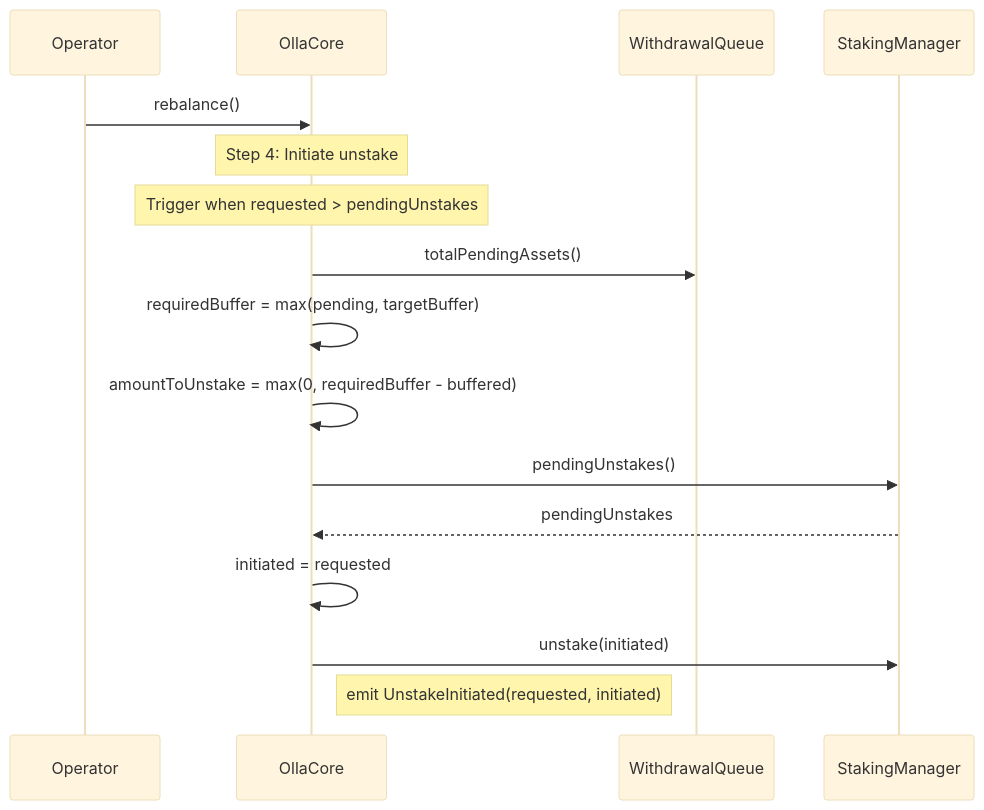
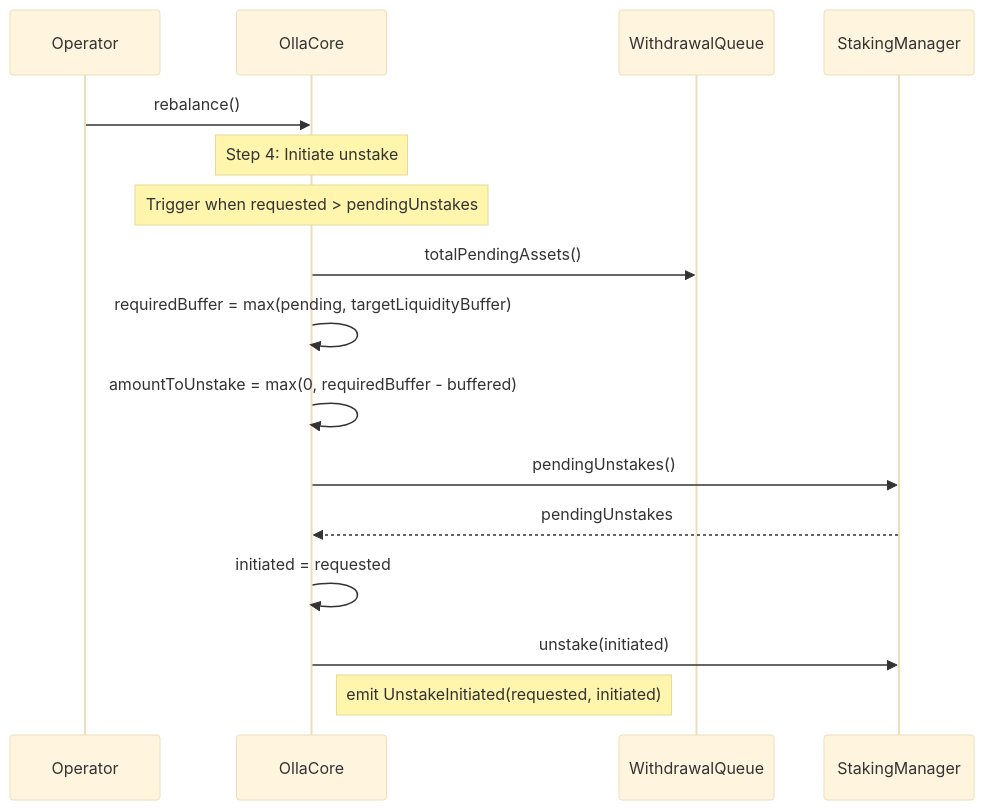
The seventh of 9 diagrams in mermaid-diagrams.md (ollafinance/core), drawn with Mermaid (base theme) before and after one commit. The commit also changed other lines of this file and 1 other file, not shown here.

Commit message:
rename to targetLiquidityBuffer in diagrams

````diff
--- a/mermaid-diagrams.md
+++ b/mermaid-diagrams.md
@@ -240,19 +240,19 @@
 ```mermaid
 sequenceDiagram
     participant OP as Operator
     participant C as OllaCore
     participant WQ as WithdrawalQueue
     participant SM as StakingManager
 
     OP->>C: rebalance()
     Note over C: Step 4: Initiate unstake
     Note over C: Trigger when requested > pendingUnstakes
     C->>WQ: totalPendingAssets()
-    C->>C: requiredBuffer = max(pending, targetBuffer)
+    C->>C: requiredBuffer = max(pending, targetLiquidityBuffer)
     C->>C: amountToUnstake = max(0, requiredBuffer - buffered)
     C->>SM: pendingUnstakes()
     SM-->>C: pendingUnstakes
     C->>C: initiated = requested
     C->>SM: unstake(initiated)
     Note right of C: emit UnstakeInitiated(requested, initiated)
 ```
````
